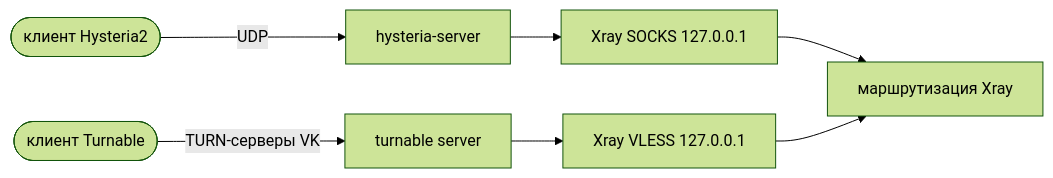
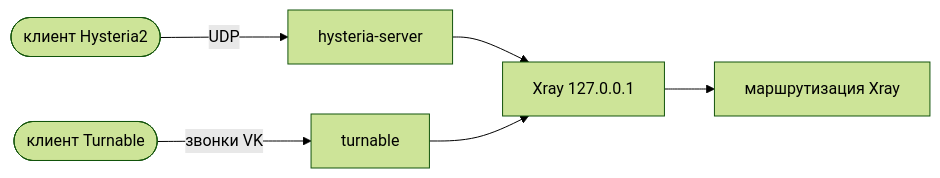
Before and after one commit to Shark-vil/xray_vless_easy_install_script: the fourth of 4 diagrams in docs/ru/architecture.md, drawn with Mermaid (forest theme). The commit also changed other lines of this file and 29 other files, not shown here.

````diff
--- a/docs/ru/architecture.md
+++ b/docs/ru/architecture.md
@@ -74,7 +66,6 @@
 ```mermaid
 flowchart LR
-    H([клиент Hysteria2]) -- UDP --> HS[hysteria-server] --> S[Xray SOCKS 127.0.0.1]
-    T([клиент Turnable]) -- TURN-серверы VK --> TS[turnable server] --> V[Xray VLESS 127.0.0.1]
+    H([клиент Hysteria2]) -- UDP --> HS[hysteria-server] --> S[Xray 127.0.0.1]
+    T([клиент Turnable]) -- звонки VK --> TS[turnable] --> S
     S --> R[маршрутизация Xray]
-    V --> R
 ```
````
